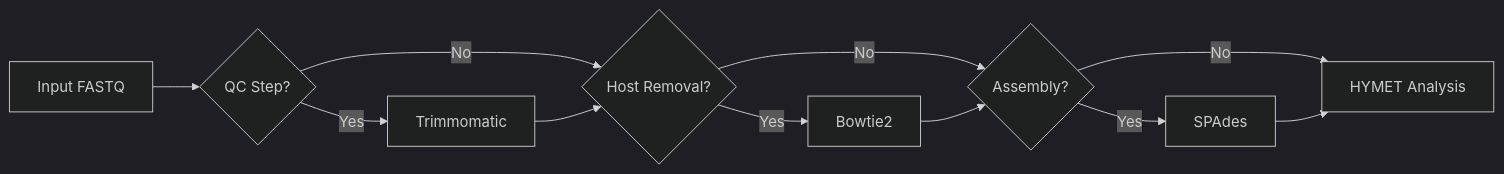
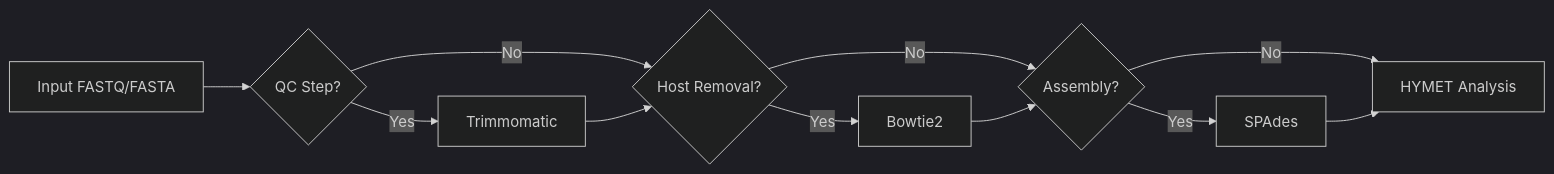
Before and after one commit to inesbmartins02/hymet-docs: the diagram in integratedpipeline.md, drawn with Mermaid (dark theme). The commit also changed 1 other file, not shown here.

````diff
--- a/integratedpipeline.md
+++ b/integratedpipeline.md
@@ -19,13 +19,13 @@
 ```mermaid
 graph LR
-    A[Input FASTQ] --> B{QC Step?}
+    A[Input FASTQ/FASTA] --> B{QC Step?}
     B -->|Yes| C[Trimmomatic]
     B -->|No| D{Host Removal?}
     C --> D
     D -->|Yes| E[Bowtie2]
     D -->|No| F{Assembly?}
     E --> F
     F -->|Yes| G[SPAdes]
     F -->|No| H[HYMET Analysis]
     G --> H
 ```
````
